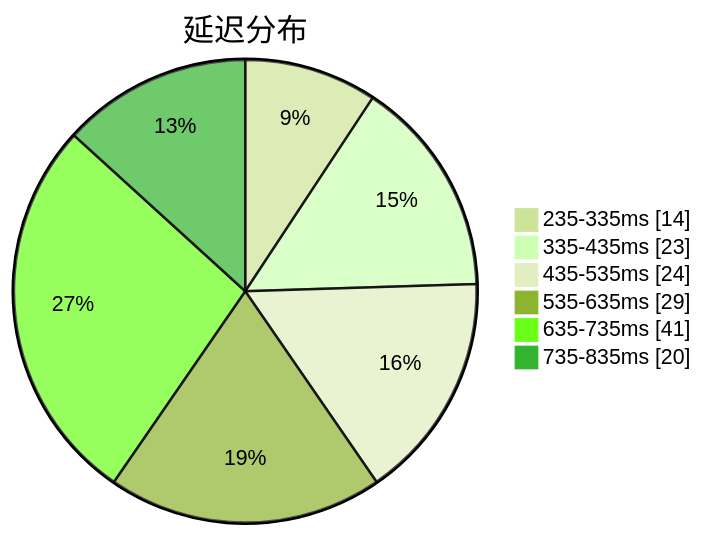
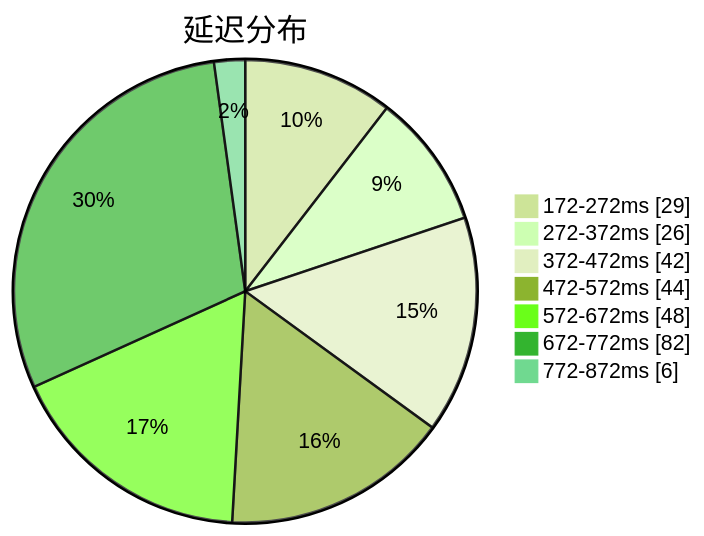
The first of 3 diagrams in subs/statistics/tested_within.md (qjlxg/airport), drawn with Mermaid (forest theme) before and after one commit. The commit also changed other lines of this file and 2 other files, not shown here.

````diff
--- a/subs/statistics/tested_within.md
+++ b/subs/statistics/tested_within.md
@@ -2,10 +2,11 @@
 ```mermaid
 pie showData
 title 延迟分布
-"235-335ms" : 14
-"335-435ms" : 23
-"435-535ms" : 24
-"535-635ms" : 29
-"635-735ms" : 41
-"735-835ms" : 20
+"172-272ms" : 29
+"272-372ms" : 26
+"372-472ms" : 42
+"472-572ms" : 44
+"572-672ms" : 48
+"672-772ms" : 82
+"772-872ms" : 6
 ```
````
